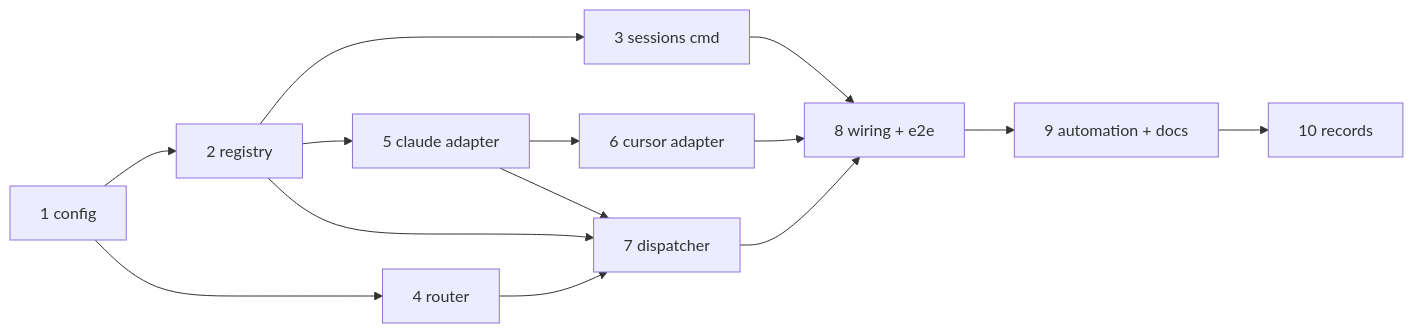
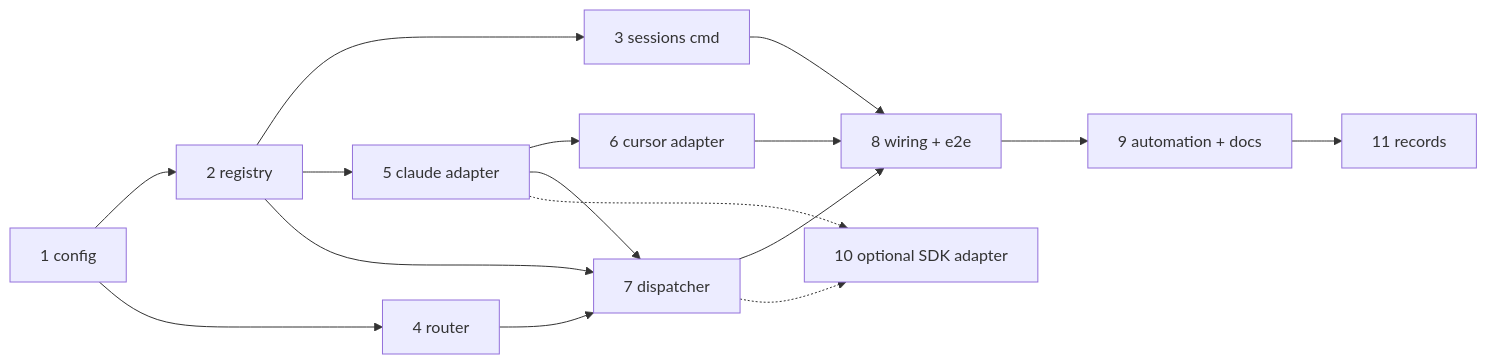
One commit to MadaraUchiha-314/the-loop changed the diagram in docs/specs/issue-15/tasks.md. Above: the diagram before and after it, drawn with Mermaid. The commit also changed other lines of this file and 3 other files, not shown here.

````diff
--- a/docs/specs/issue-15/tasks.md
+++ b/docs/specs/issue-15/tasks.md
@@ -96,9 +104,10 @@
 ```mermaid
 flowchart LR
   T1[1 config] --> T2[2 registry] & T4[4 router]
   T2 --> T3[3 sessions cmd] & T5[5 claude adapter]
   T5 --> T6[6 cursor adapter]
   T2 & T4 & T5 --> T7[7 dispatcher]
   T3 & T6 & T7 --> T8[8 wiring + e2e]
-  T8 --> T9[9 automation + docs] --> T10[10 records]
+  T5 & T7 -.-> T10[10 optional SDK adapter]
+  T8 --> T9[9 automation + docs] --> T11[11 records]
 ```
````
